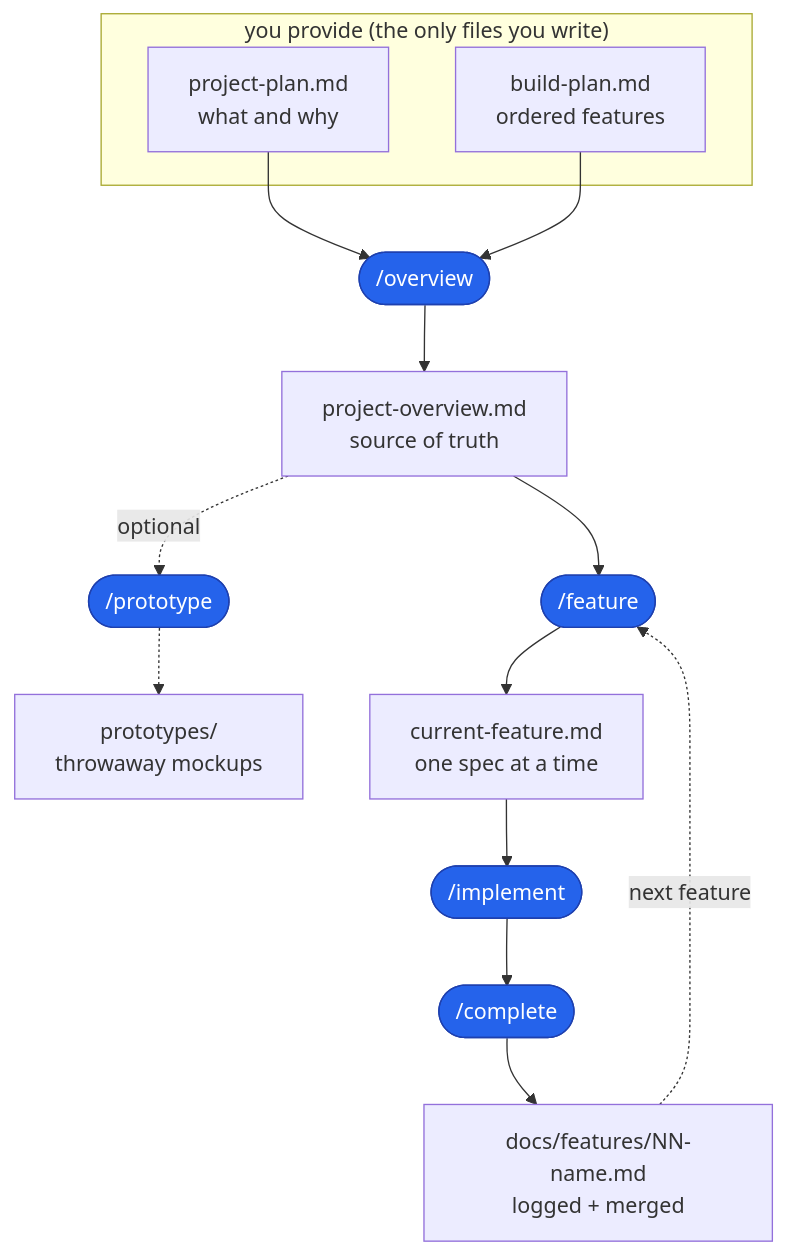
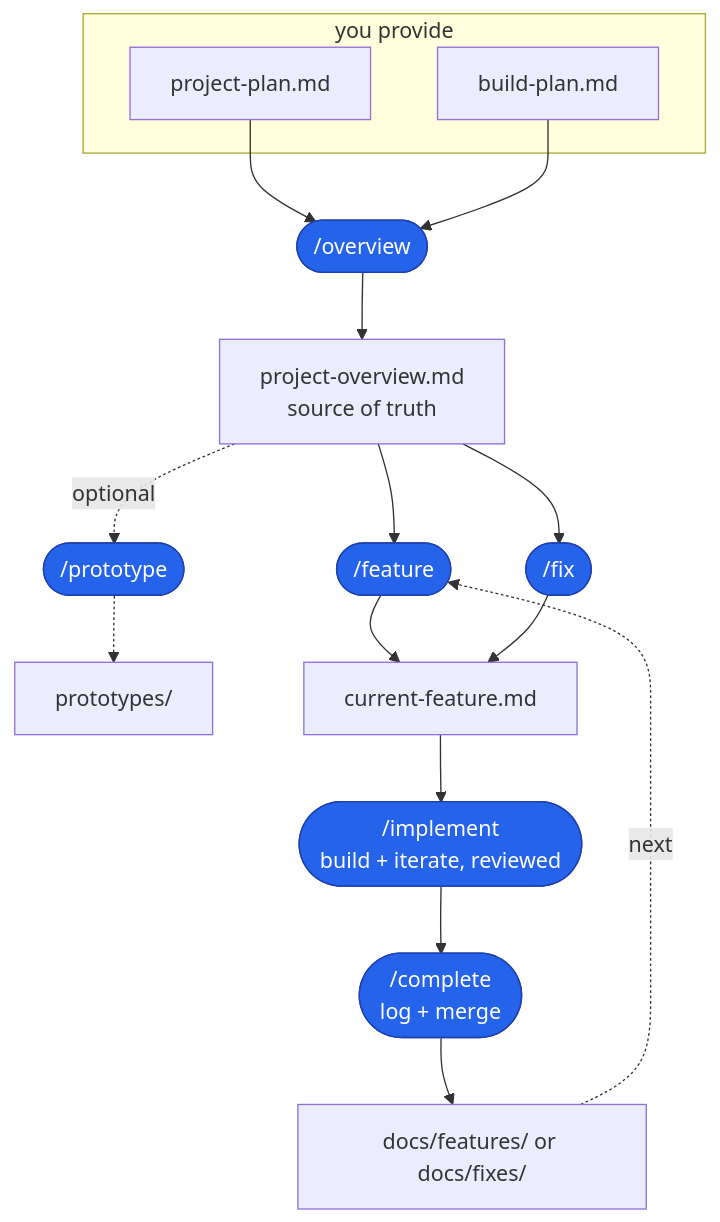
The diagram in README.md (Kudastech/ai-blueprint), drawn with Mermaid before and after one commit.

Commit message:
Simplify the pipeline diagram
Collapse /implement's internal step loop into the node; keep the flow linear (plans -> overview -> feature/fix -> implement -> complete) and show the fix path.

````diff
--- a/README.md
+++ b/README.md
@@ -34,24 +34,25 @@
 ```mermaid
 flowchart TD
-    subgraph you["you provide (the only files you write)"]
-        PP["project-plan.md<br/>what and why"]
-        BPL["build-plan.md<br/>ordered features"]
+    subgraph you["you provide"]
+        PP["project-plan.md"]
+        BPL["build-plan.md"]
     end
 
     PP --> OV(["/overview"])
     BPL --> OV
     OV --> POV["project-overview.md<br/>source of truth"]
-
     POV -.->|optional| PT(["/prototype"])
-    PT -.-> PRO["prototypes/<br/>throwaway mockups"]
+    PT -.-> PRO["prototypes/"]
 
     POV --> FT(["/feature"])
-    FT --> CF["current-feature.md<br/>one spec at a time"]
-    CF --> IM(["/implement"])
-    IM --> CP(["/complete"])
-    CP --> AR["docs/features/NN-name.md<br/>logged + merged"]
-    AR -.->|next feature| FT
+    POV --> FX(["/fix"])
+    FT --> CF["current-feature.md"]
+    FX --> CF
+    CF --> IM(["/implement<br/>build + iterate, reviewed"])
+    IM --> CP(["/complete<br/>log + merge"])
+    CP --> AR["docs/features/ or docs/fixes/"]
+    AR -.->|next| FT
 
     classDef skill fill:#2563eb,stroke:#1e40af,color:#ffffff;
-    class OV,PT,FT,IM,CP skill;
+    class OV,PT,FT,FX,IM,CP skill;
 ```
````
